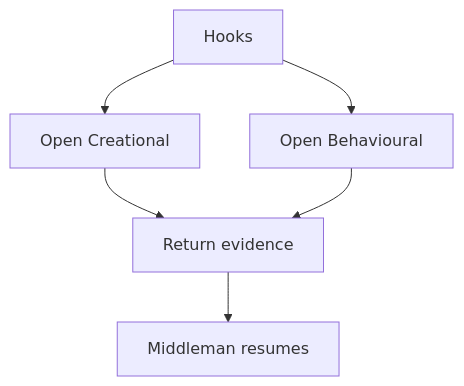
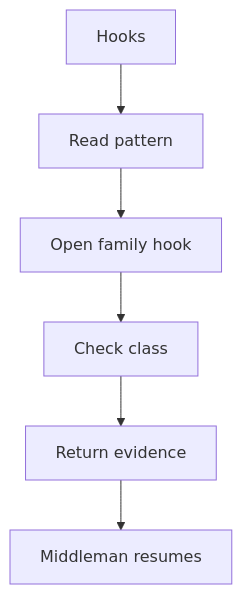
The diagram in docs/Codebase/Microservice/Modules/Source/Analysis/Patterns/Middleman/Hooks/README.md (JohnAndrewBalbarosa/NeoTerritory), drawn with Mermaid before and after one commit. The commit also changed other lines of this file and 182 other files, not shown here.

````diff
--- a/docs/Codebase/Microservice/Modules/Source/Analysis/Patterns/Middleman/Hooks/README.md
+++ b/docs/Codebase/Microservice/Modules/Source/Analysis/Patterns/Middleman/Hooks/README.md
@@ -12,13 +13,14 @@
 ```mermaid
 flowchart TD
     Start["Hooks"]
-    N0["Open Creational"]
-    N1["Open Behavioural"]
-    N2["Return evidence"]
+    N0["Read pattern"]
+    N1["Open family hook"]
+    N2["Check class"]
+    N3["Return evidence"]
     End["Middleman resumes"]
     Start --> N0
-    Start --> N1
-    N0 --> N2
+    N0 --> N1
     N1 --> N2
-    N2 --> End
+    N2 --> N3
+    N3 --> End
 ```
````
